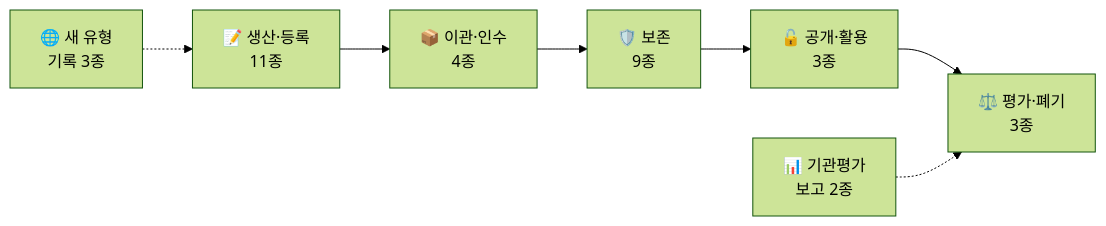
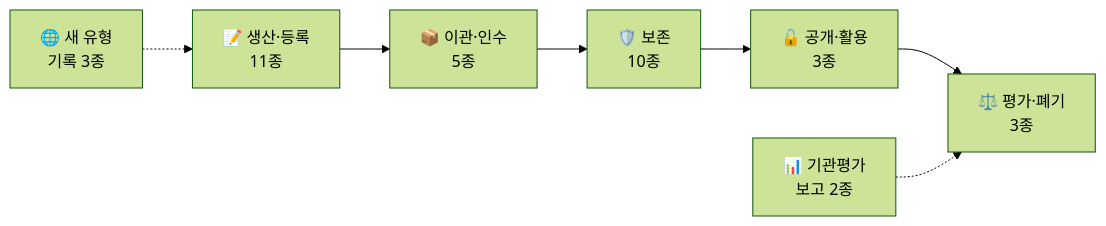
One commit to changgi/archive-bm-tools changed the first of 2 diagrams in README.md. Above: the diagram before and after it, drawn with Mermaid (forest theme). The commit also changed other lines of this file and 26 other files, not shown here.

````diff
--- a/README.md
+++ b/README.md
@@ -58,9 +58,9 @@
 ```mermaid
 flowchart LR
-    A["📝 생산·등록<br/>11종"] --> B["📦 이관·인수<br/>4종"]
-    B --> C["🛡️ 보존<br/>9종"]
+    A["📝 생산·등록<br/>11종"] --> B["📦 이관·인수<br/>5종"]
+    B --> C["🛡️ 보존<br/>10종"]
     C --> D["🔓 공개·활용<br/>3종"]
     D --> E["⚖️ 평가·폐기<br/>3종"]
     N["🌐 새 유형<br/>기록 3종"] -.-> A
     R["📊 기관평가<br/>보고 2종"] -.-> E
 ```
````
